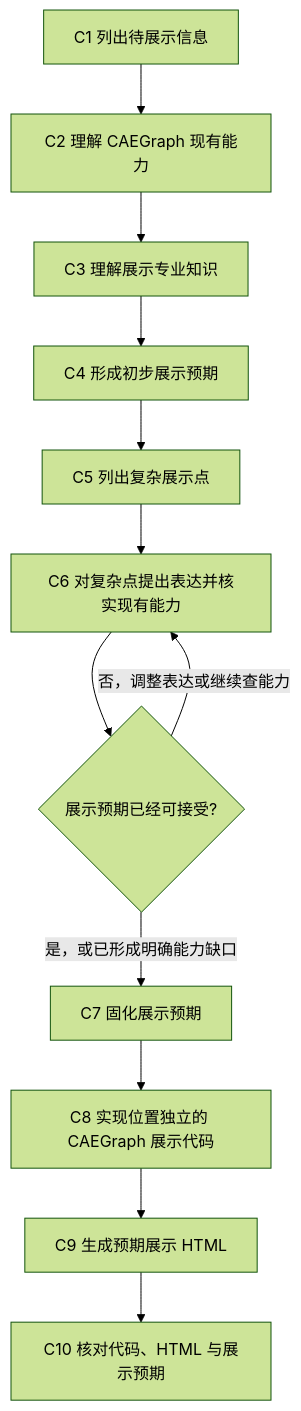
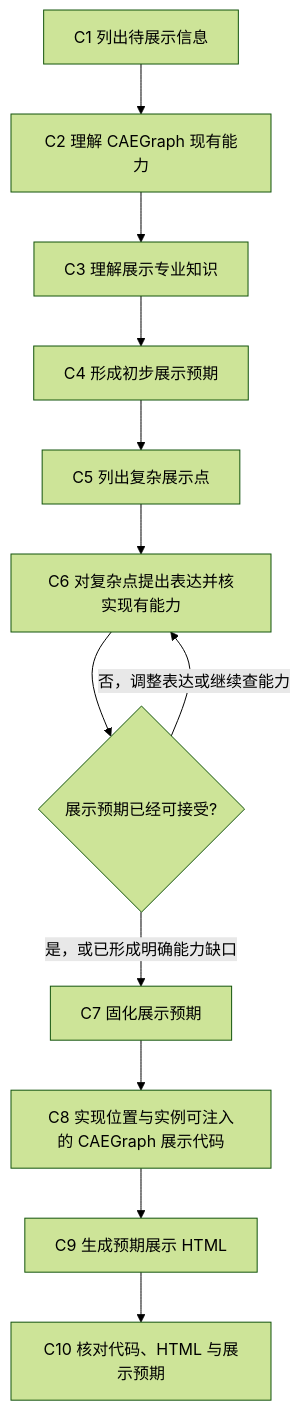
The diagram in skills/observation-material-preparation/caegraph-display-preparation/WORKFLOW.md (daowei2026/observe-iterate), drawn with Mermaid (forest theme) before and after one commit. The commit also changed other lines of this file, not shown here.

````diff
--- a/skills/observation-material-preparation/caegraph-display-preparation/WORKFLOW.md
+++ b/skills/observation-material-preparation/caegraph-display-preparation/WORKFLOW.md
@@ -5,14 +5,14 @@
 ```mermaid
 flowchart TD
   C1[C1 列出待展示信息] --> C2[C2 理解 CAEGraph 现有能力]
   C2 --> C3[C3 理解展示专业知识]
   C3 --> C4[C4 形成初步展示预期]
   C4 --> C5[C5 列出复杂展示点]
   C5 --> C6[C6 对复杂点提出表达并核实现有能力]
   C6 --> X{展示预期已经可接受?}
   X -- 否，调整表达或继续查能力 --> C6
   X -- 是，或已形成明确能力缺口 --> C7[C7 固化展示预期]
-  C7 --> C8[C8 实现位置独立的 CAEGraph 展示代码]
+  C7 --> C8[C8 实现位置与实例可注入的 CAEGraph 展示代码]
   C8 --> C9[C9 生成预期展示 HTML]
   C9 --> C10[C10 核对代码、HTML 与展示预期]
 ```
````
